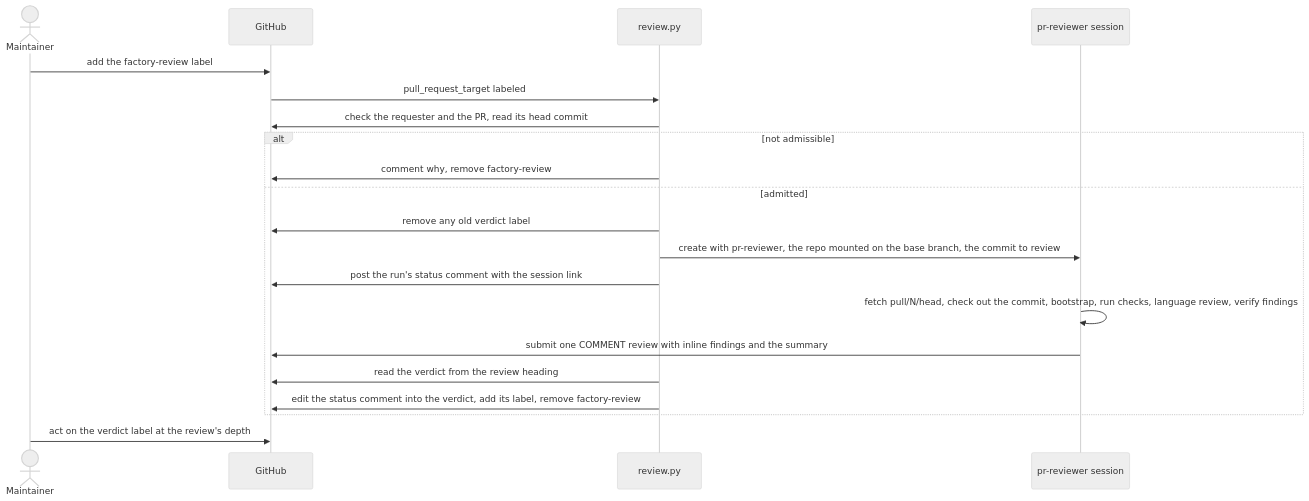
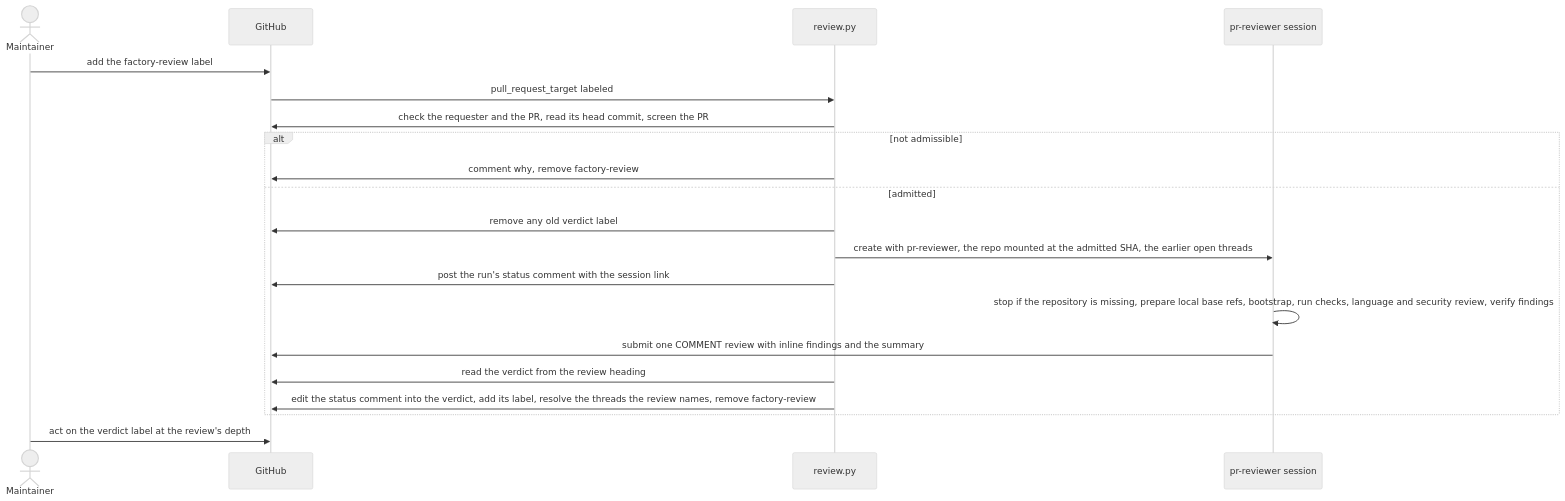
The fifth of 6 diagrams in factory/README.md (Arize-ai/openinference), drawn with Mermaid (neutral theme) before and after one commit. The commit also changed other lines of this file and 27 other files, not shown here.

First line of the commit message:
feat(factory): port the finish lane, admission gate and review improvements from Phoenix

````diff
--- a/factory/README.md
+++ b/factory/README.md
@@ -277,23 +308,23 @@
 ```mermaid
 sequenceDiagram
   actor maintainer as Maintainer
   participant github as GitHub
   participant review as review.py
   participant session as pr-reviewer session
 
   maintainer->>github: add the factory-review label
   github->>review: pull_request_target labeled
-  review->>github: check the requester and the PR, read its head commit
+  review->>github: check the requester and the PR, read its head commit, screen the PR
   alt not admissible
     review->>github: comment why, remove factory-review
   else admitted
     review->>github: remove any old verdict label
-    review->>session: create with pr-reviewer, the repo mounted on the base branch, the commit to review
+    review->>session: create with pr-reviewer, the repo mounted at the admitted SHA, the earlier open threads
     review->>github: post the run's status comment with the session link
-    session->>session: fetch pull/N/head, check out the commit, bootstrap, run checks, language review, verify findings
+    session->>session: stop if the repository is missing, prepare local base refs, bootstrap, run checks, language and security review, verify findings
     session->>github: submit one COMMENT review with inline findings and the summary
     review->>github: read the verdict from the review heading
-    review->>github: edit the status comment into the verdict, add its label, remove factory-review
+    review->>github: edit the status comment into the verdict, add its label, resolve the threads the review names, remove factory-review
   end
   maintainer->>github: act on the verdict label at the review's depth
 ```
````
